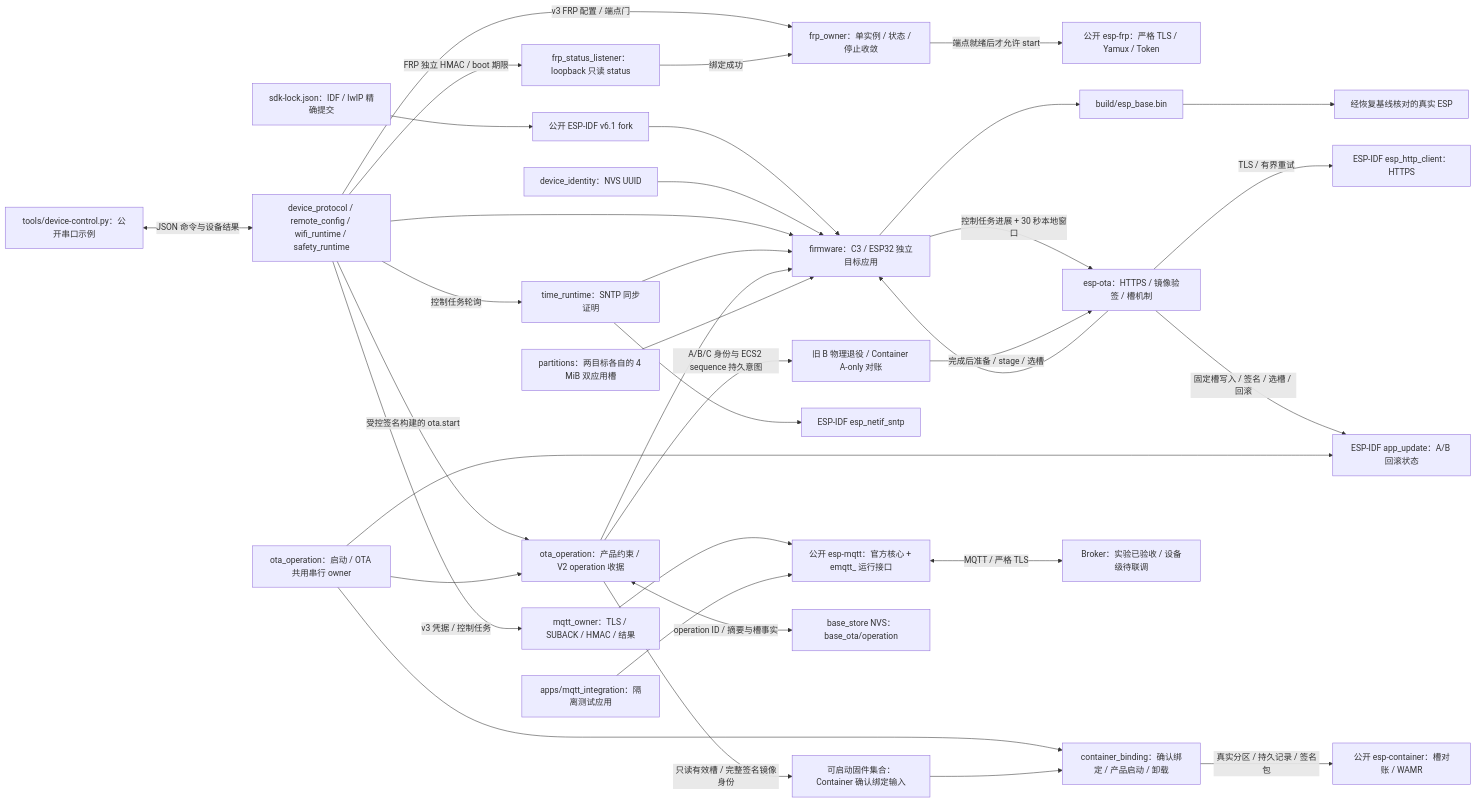
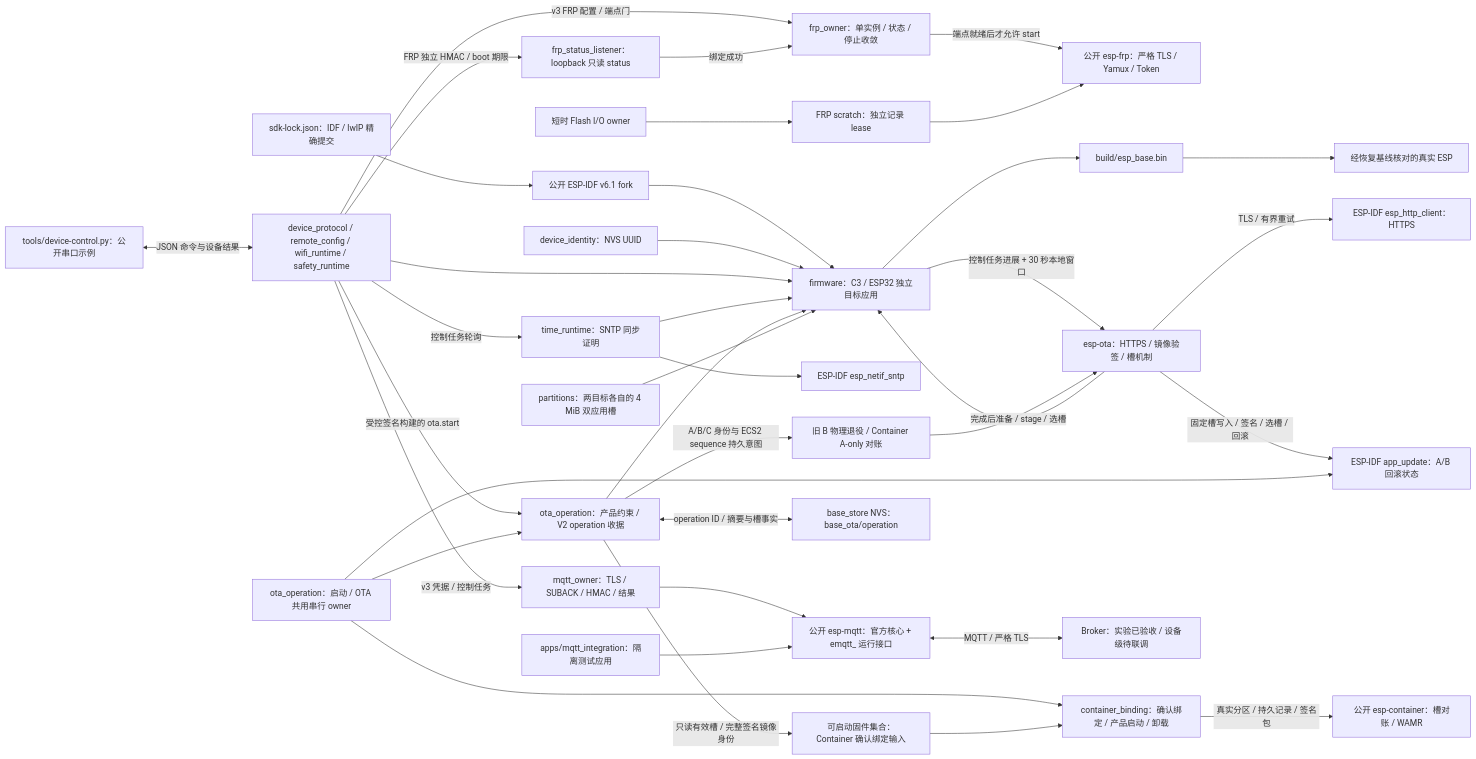
One commit to darren-you/esp-base changed the diagram in README.md. Above: the diagram before and after it, drawn with Mermaid. The commit also changed other lines of this file and 43 other files, not shown here.

````diff
--- a/README.md
+++ b/README.md
@@ -61,37 +63,39 @@
 ```mermaid
 flowchart LR
     sdk_lock["sdk-lock.json：IDF / lwIP 精确提交"] --> sdk["公开 ESP-IDF v6.1 fork"]
     sdk --> firmware["firmware：C3 / ESP32 独立目标应用"]
     identity["device_identity：NVS UUID"] --> firmware
     state["device_protocol / remote_config / wifi_runtime / safety_runtime"] --> firmware
     state -->|"v3 凭据 / 控制任务"| mqtt_owner["mqtt_owner：TLS / SUBACK / HMAC / 结果"]
     mqtt_owner --> mqtt
     state -->|"v3 FRP 配置 / 端点门"| frp_owner["frp_owner：单实例 / 状态 / 停止收敛"]
     state -->|"FRP 独立 HMAC / boot 期限"| frp_status["frp_status_listener：loopback 只读 status"]
     frp_status -->|"绑定成功"| frp_owner
     frp_owner -->|"端点就绪后才允许 start"| frp["公开 esp-frp：严格 TLS / Yamux / Token"]
     time["time_runtime：SNTP 同步证明"] --> firmware
     state -->|"控制任务轮询"| time
     time --> idf_time["ESP-IDF esp_netif_sntp"]
     ota["esp-ota：HTTPS / 镜像验签 / 槽机制"] --> firmware
     receipt["ota_operation：产品约束 / V2 operation 收据"] --> firmware
     receipt -->|"只读有效槽 / 完整签名镜像身份"| image_set["可启动固件集合：Container 确认绑定输入"]
     firmware -->|"控制任务进展 + 30 秒本地窗口"| ota
     state -->|"受控签名构建的 ota.start"| receipt
     receipt -->|"A/B/C 身份与 ECS2 sequence 持久意图"| retire["旧 B 物理退役 / Container A-only 对账"]
     retire -->|"完成后准备 / stage / 选槽"| ota
     ota -->|"TLS / 有界重试"| https["ESP-IDF esp_http_client：HTTPS"]
     ota -->|"固定槽写入 / 签名 / 选槽 / 回滚"| slot["ESP-IDF app_update：A/B 回滚状态"]
     receipt <-->|"operation ID / 摘要与槽事实"| nvs["base_store NVS：base_ota/operation"]
     owner["ota_operation：启动 / OTA 共用串行 owner"] --> receipt
     owner --> slot
+    io_owner["短时 Flash I/O owner"] --> scratch["FRP scratch：独立记录 lease"]
+    scratch --> frp
     binding["container_binding：确认绑定 / 产品启动 / 卸载"] -->|"真实分区 / 持久记录 / 签名包"| container["公开 esp-container：槽对账 / WAMR"]
     owner --> binding
     image_set --> binding
     layout["partitions：两目标各自的 4 MiB 双应用槽"] --> firmware
     host["tools/device-control.py：公开串口示例"] <-->|"JSON 命令与设备结果"| state
     firmware --> image["build/esp_base.bin"]
     lab["apps/mqtt_integration：隔离测试应用"] --> mqtt["公开 esp-mqtt：官方核心 + emqtt_ 运行接口"]
     mqtt <-->|"MQTT / 严格 TLS"| broker["Broker：实验已验收 / 设备级待联调"]
     image --> board["经恢复基线核对的真实 ESP"]
 ```
````
